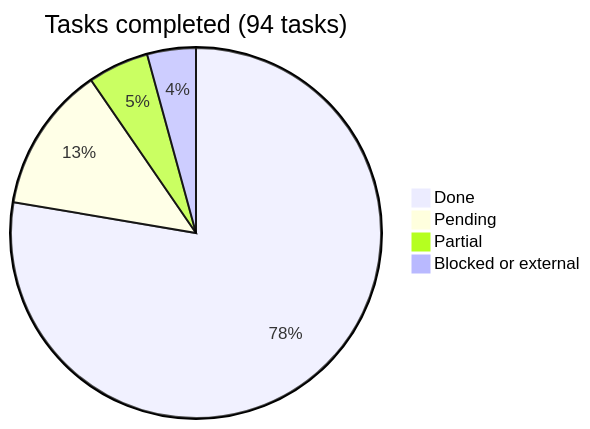
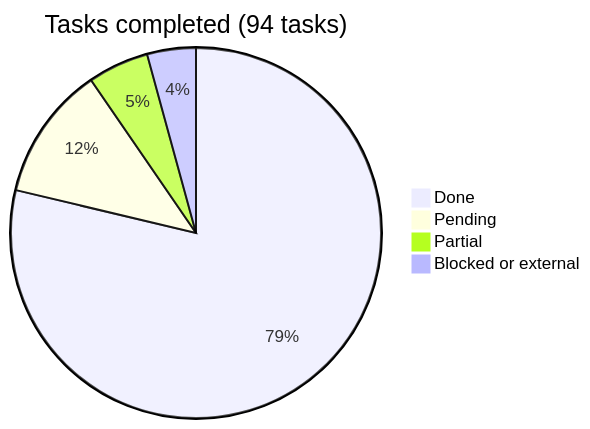
Before and after one commit to araguaney-lat/araguaney-app: the diagram in docs/roadmap/README.md, drawn with Mermaid. The commit also changed other lines of this file and 13 other files, not shown here.

````diff
--- a/docs/roadmap/README.md
+++ b/docs/roadmap/README.md
@@ -12,7 +12,7 @@
 ```mermaid
 pie title Tasks completed (94 tasks)
-    "Done" : 73
-    "Pending" : 12
+    "Done" : 74
+    "Pending" : 11
     "Partial" : 5
     "Blocked or external" : 4
 ```
````
